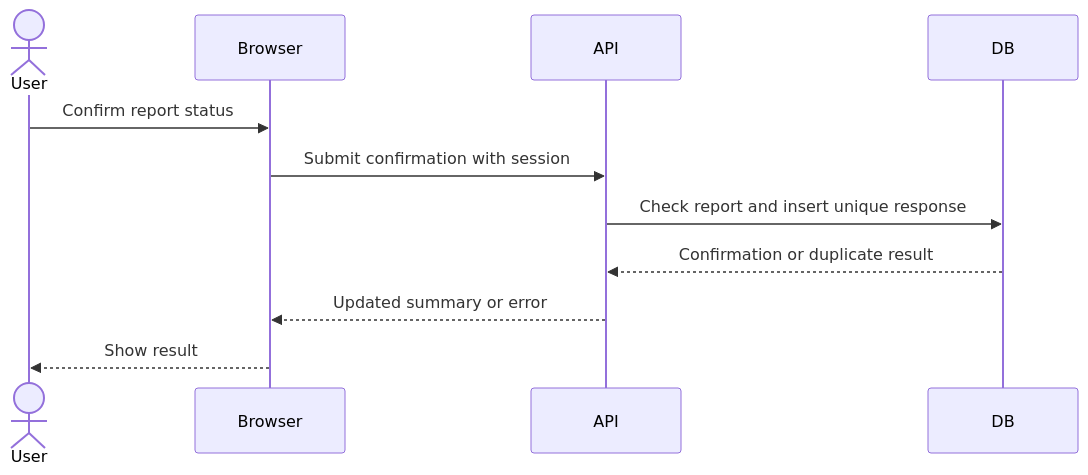
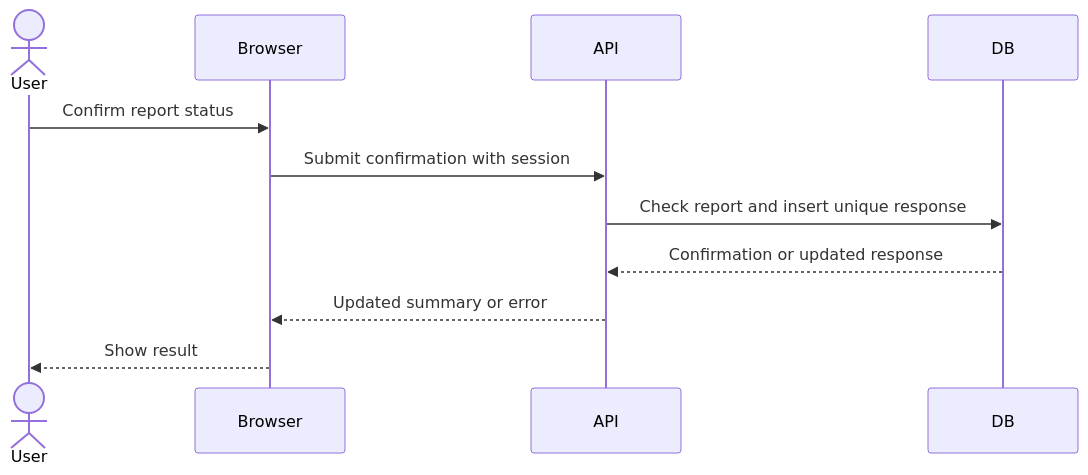
Before and after one commit to QuangMinhNguyen27405/CEN4090L-open-pothole-tracker: the sixth of 6 diagrams in RD_REPORT.md, drawn with Mermaid. The commit also changed other lines of this file, not shown here.

````diff
--- a/RD_REPORT.md
+++ b/RD_REPORT.md
@@ -162,13 +176,13 @@
 ```mermaid
 sequenceDiagram
   actor User
   participant Browser
   participant API
   participant DB
   User->>Browser: Confirm report status
   Browser->>API: Submit confirmation with session
   API->>DB: Check report and insert unique response
-  DB-->>API: Confirmation or duplicate result
+  DB-->>API: Confirmation or updated response
   API-->>Browser: Updated summary or error
   Browser-->>User: Show result
 ```
````
